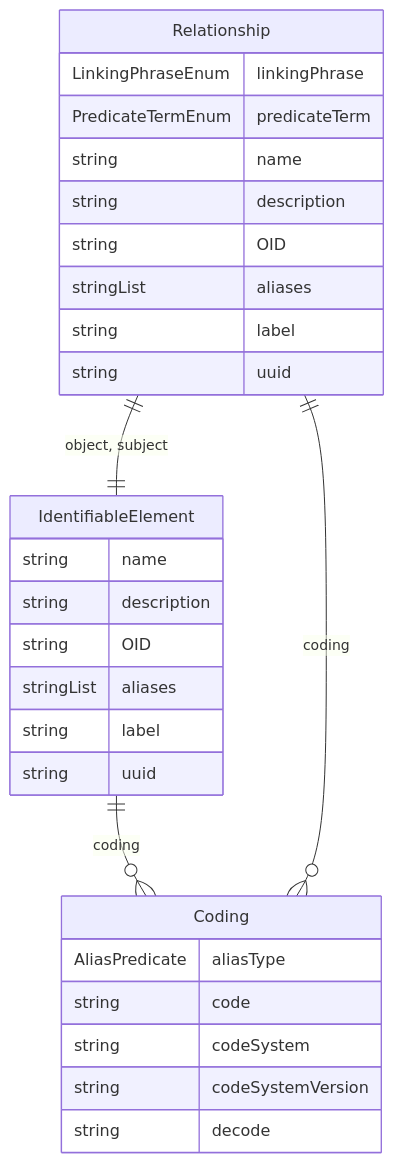
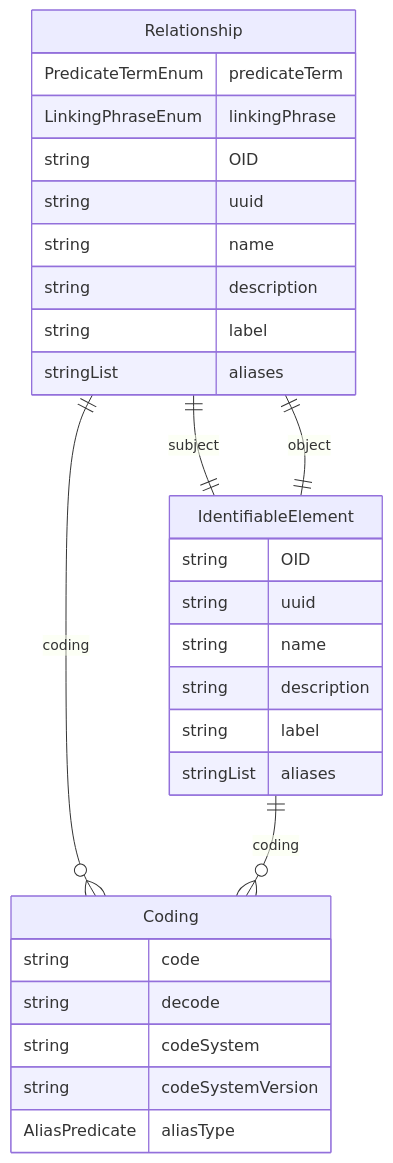
One commit to cdisc-org/DataExchange-DDS changed the diagram in docs/classes/Relationship.md. Above: the diagram before and after it, drawn with Mermaid. The commit also changed other lines of this file and 313 other files, not shown here.

````diff
--- a/docs/classes/Relationship.md
+++ b/docs/classes/Relationship.md
@@ -20,33 +15,34 @@
 ```mermaid
 erDiagram
+Relationship {
+    PredicateTermEnum predicateTerm  
+    LinkingPhraseEnum linkingPhrase  
+    string OID  
+    string uuid  
+    string name  
+    string description  
+    string label  
+    stringList aliases  
+}
 Coding {
-    AliasPredicate aliasType  
     string code  
+    string decode  
     string codeSystem  
     string codeSystemVersion  
-    string decode  
+    AliasPredicate aliasType  
 }
 IdentifiableElement {
+    string OID  
+    string uuid  
     string name  
     string description  
-    string OID  
+    string label  
     stringList aliases  
-    string label  
-    string uuid  
-}
-Relationship {
-    LinkingPhraseEnum linkingPhrase  
-    PredicateTermEnum predicateTerm  
-    string name  
-    string description  
-    string OID  
-    stringList aliases  
-    string label  
-    string uuid  
 }
 
+Relationship ||--|| IdentifiableElement : "subject"
+Relationship ||--|| IdentifiableElement : "object"
+Relationship ||--}o Coding : "coding"
 IdentifiableElement ||--}o Coding : "coding"
-Relationship ||--|| IdentifiableElement : "object, subject"
-Relationship ||--}o Coding : "coding"
 
 ```
````
